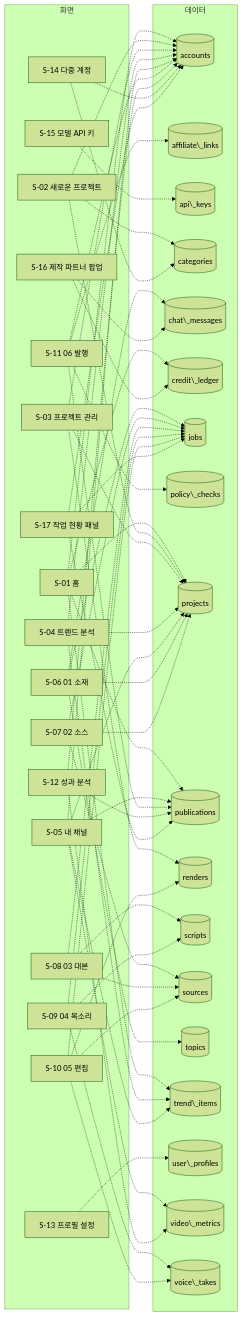
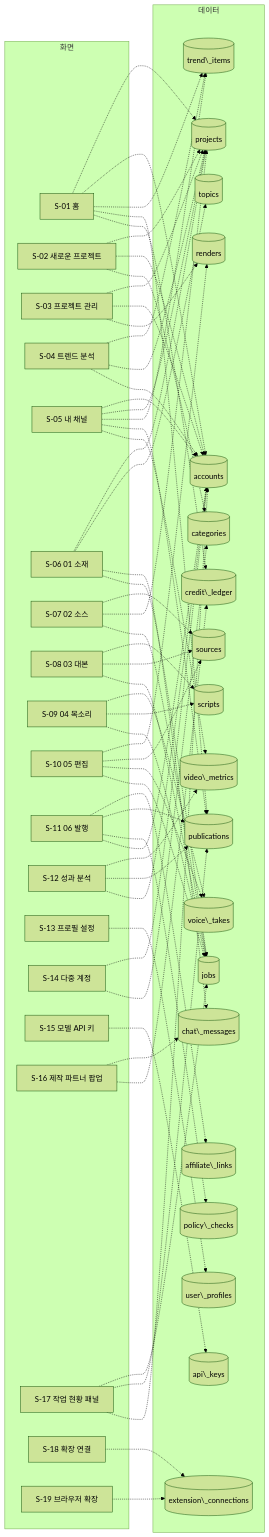
The diagram in docs/diagrams/screen-data.mmd (DevOps0906/Shopping-Shorts-Maker), drawn with Mermaid (forest theme) before and after one commit. The commit also changed 28 other files, not shown here.

```diff
--- a/docs/diagrams/screen-data.mmd
+++ b/docs/diagrams/screen-data.mmd
@@ -1,92 +1,97 @@
 flowchart LR
   subgraph SC["화면"]
     n_S_01["S-01 홈"]
     n_S_02["S-02 새로운 프로젝트"]
     n_S_03["S-03 프로젝트 관리"]
     n_S_04["S-04 트렌드 분석"]
     n_S_05["S-05 내 채널"]
     n_S_06["S-06 01 소재"]
     n_S_07["S-07 02 소스"]
     n_S_08["S-08 03 대본"]
     n_S_09["S-09 04 목소리"]
     n_S_10["S-10 05 편집"]
     n_S_11["S-11 06 발행"]
     n_S_12["S-12 성과 분석"]
     n_S_13["S-13 프로필 설정"]
     n_S_14["S-14 다중 계정"]
     n_S_15["S-15 모델 API 키"]
     n_S_16["S-16 제작 파트너 팝업"]
     n_S_17["S-17 작업 현황 패널"]
+    n_S_18["S-18 확장 연결"]
+    n_S_19["S-19 브라우저 확장"]
   end
   subgraph DB["데이터"]
     n_t_accounts[("accounts")]
     n_t_affiliate__links[("affiliate\_links")]
     n_t_api__keys[("api\_keys")]
     n_t_categories[("categories")]
     n_t_chat__messages[("chat\_messages")]
     n_t_credit__ledger[("credit\_ledger")]
+    n_t_extension__connections[("extension\_connections")]
     n_t_jobs[("jobs")]
     n_t_policy__checks[("policy\_checks")]
     n_t_projects[("projects")]
     n_t_publications[("publications")]
     n_t_renders[("renders")]
     n_t_scripts[("scripts")]
     n_t_sources[("sources")]
     n_t_topics[("topics")]
     n_t_trend__items[("trend\_items")]
     n_t_user__profiles[("user\_profiles")]
     n_t_video__metrics[("video\_metrics")]
     n_t_voice__takes[("voice\_takes")]
   end
   n_S_01 -.-> n_t_projects
   n_S_01 -.-> n_t_accounts
   n_S_01 -.-> n_t_trend__items
   n_S_01 -.-> n_t_publications
   n_S_01 -.-> n_t_credit__ledger
   n_S_02 -.-> n_t_projects
   n_S_02 -.-> n_t_accounts
   n_S_02 -.-> n_t_categories
   n_S_03 -.-> n_t_projects
   n_S_03 -.-> n_t_accounts
   n_S_03 -.-> n_t_renders
   n_S_04 -.-> n_t_trend__items
   n_S_04 -.-> n_t_projects
   n_S_04 -.-> n_t_accounts
   n_S_05 -.-> n_t_accounts
   n_S_05 -.-> n_t_projects
   n_S_05 -.-> n_t_trend__items
   n_S_05 -.-> n_t_publications
   n_S_05 -.-> n_t_video__metrics
   n_S_06 -.-> n_t_projects
   n_S_06 -.-> n_t_topics
   n_S_06 -.-> n_t_chat__messages
   n_S_06 -.-> n_t_jobs
   n_S_07 -.-> n_t_sources
   n_S_07 -.-> n_t_projects
   n_S_07 -.-> n_t_jobs
   n_S_08 -.-> n_t_scripts
   n_S_08 -.-> n_t_sources
   n_S_08 -.-> n_t_jobs
   n_S_09 -.-> n_t_voice__takes
   n_S_09 -.-> n_t_scripts
   n_S_09 -.-> n_t_jobs
   n_S_10 -.-> n_t_renders
   n_S_10 -.-> n_t_sources
   n_S_10 -.-> n_t_voice__takes
   n_S_10 -.-> n_t_jobs
   n_S_11 -.-> n_t_affiliate__links
   n_S_11 -.-> n_t_publications
   n_S_11 -.-> n_t_policy__checks
   n_S_11 -.-> n_t_accounts
   n_S_12 -.-> n_t_video__metrics
   n_S_12 -.-> n_t_publications
   n_S_12 -.-> n_t_accounts
   n_S_13 -.-> n_t_user__profiles
   n_S_14 -.-> n_t_accounts
   n_S_14 -.-> n_t_categories
   n_S_15 -.-> n_t_api__keys
   n_S_16 -.-> n_t_chat__messages
   n_S_16 -.-> n_t_credit__ledger
   n_S_17 -.-> n_t_jobs
   n_S_17 -.-> n_t_publications
   n_S_17 -.-> n_t_accounts
+  n_S_18 -.-> n_t_extension__connections
+  n_S_19 -.-> n_t_extension__connections
```
